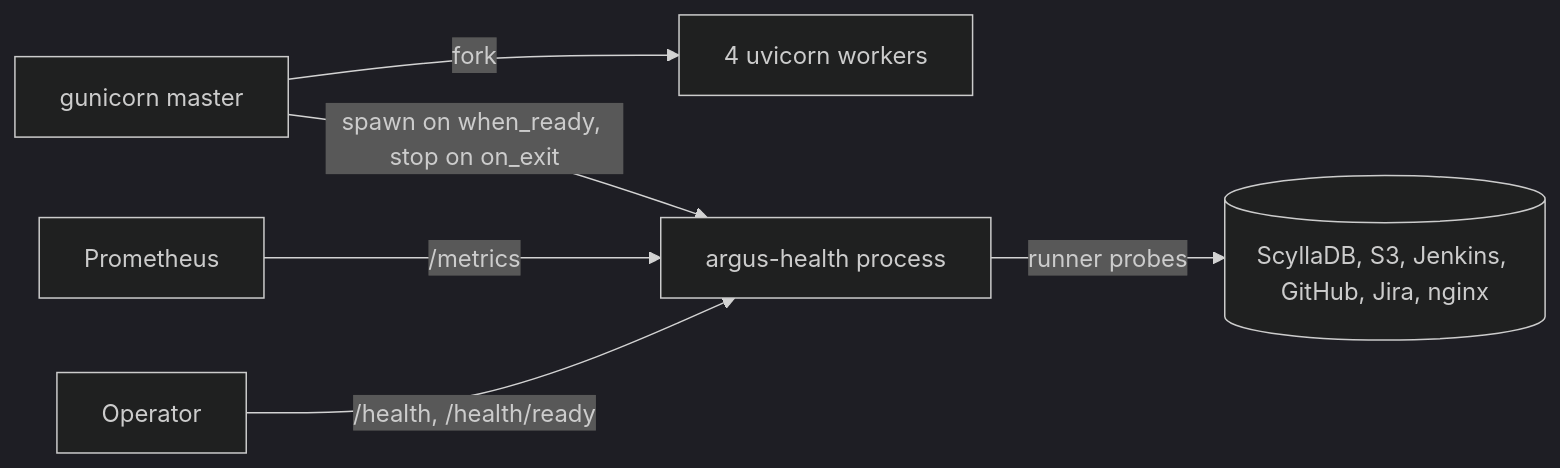
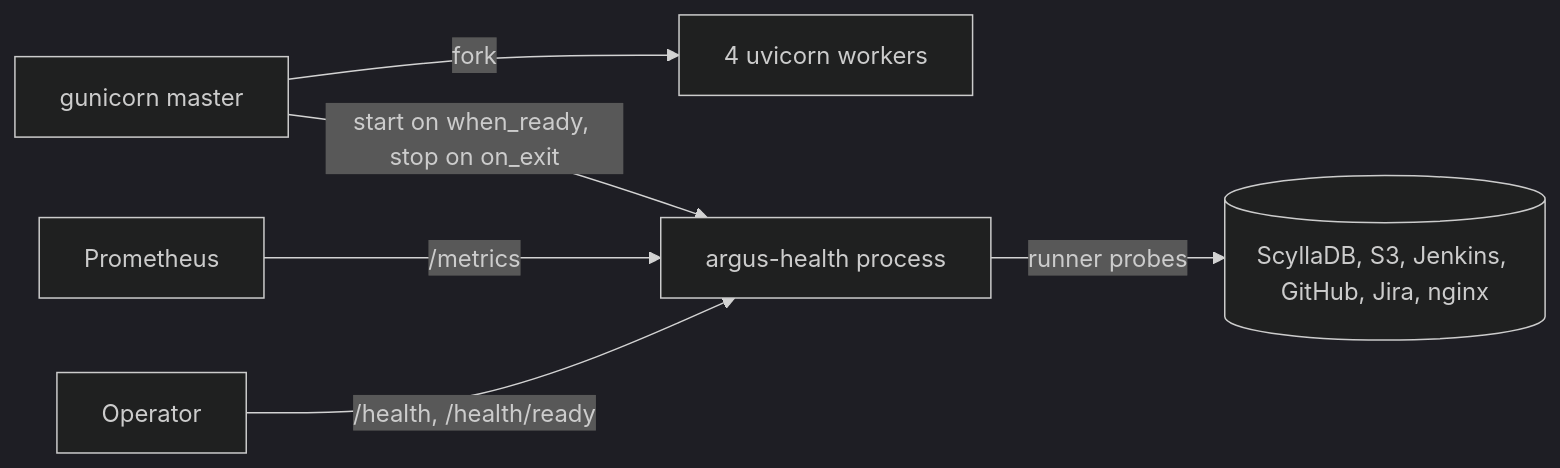
The diagram in tasks/QATOOLS-425/spec.md (scylladb/argus), drawn with Mermaid (dark theme) before and after one commit. The commit also changed other lines of this file, not shown here.

First line of the commit message:
docs(sdlc): harden the Argus health design [QATOOLS-425]

````diff
--- a/tasks/QATOOLS-425/spec.md
+++ b/tasks/QATOOLS-425/spec.md
@@ -32,8 +34,8 @@
 ```mermaid
 flowchart LR
     M[gunicorn master] -->|fork| W[4 uvicorn workers]
-    M -->|spawn on when_ready, stop on on_exit| H[argus-health process]
+    M -->|start on when_ready, stop on on_exit| H[argus-health process]
     H -->|runner probes| D[(ScyllaDB, S3, Jenkins, GitHub, Jira, nginx)]
     P[Prometheus] -->|/metrics| H
     O[Operator] -->|/health, /health/ready| H
 ```
````
